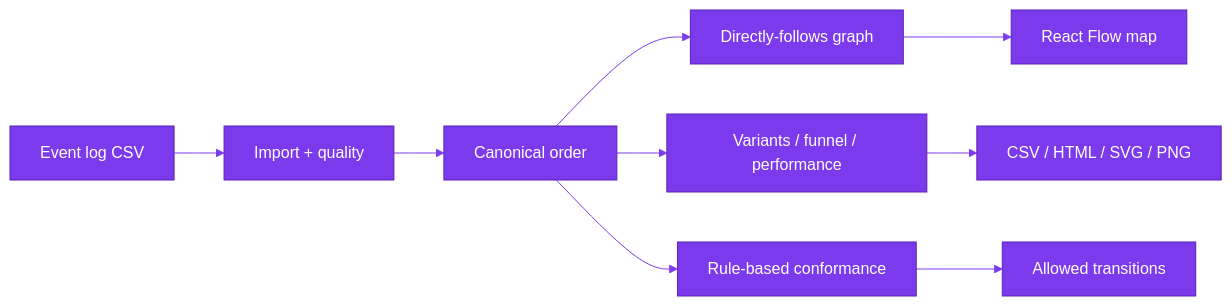
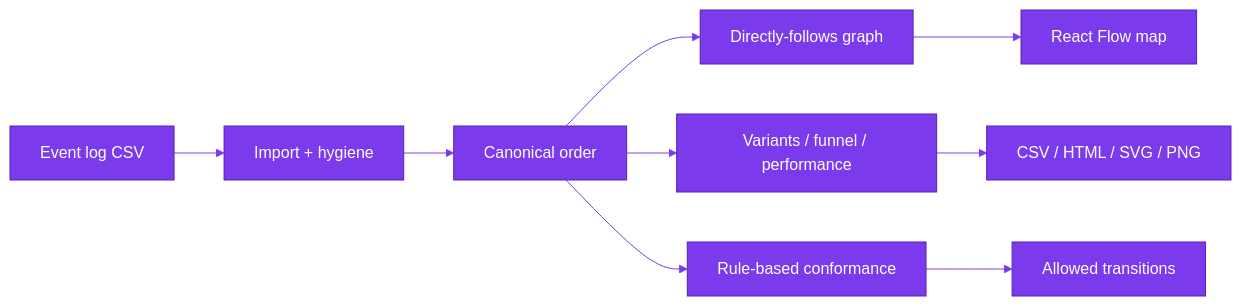
One commit to hasanhuseyinyetkiner/hiring-process-miner changed the diagram in README.md. Above: the diagram before and after it, drawn with Mermaid. The commit also changed other lines of this file and 13 other files, not shown here.

````diff
--- a/README.md
+++ b/README.md
@@ -147,23 +111,23 @@
 ```mermaid
 %%{init: {
   "theme": "base",
   "themeVariables": {
     "primaryColor": "#7C3AED",
     "primaryTextColor": "#ffffff",
     "primaryBorderColor": "#5B21B6",
     "lineColor": "#7C3AED",
     "secondaryColor": "#EDE9FE",
     "tertiaryColor": "#F5F3FF",
     "fontFamily": "ui-sans-serif, system-ui, sans-serif"
   }
 }}%%
 flowchart LR
-  CSV[Event log CSV] --> I[Import + quality]
+  CSV[Event log CSV] --> I[Import + hygiene]
   I --> O[Canonical order]
   O --> DFG[Directly-follows graph]
   O --> KPI[Variants / funnel / performance]
   O --> Conf[Rule-based conformance]
   DFG --> UI[React Flow map]
   KPI --> EXP[CSV / HTML / SVG / PNG]
   Conf --> Model[Allowed transitions]
 ```
````
